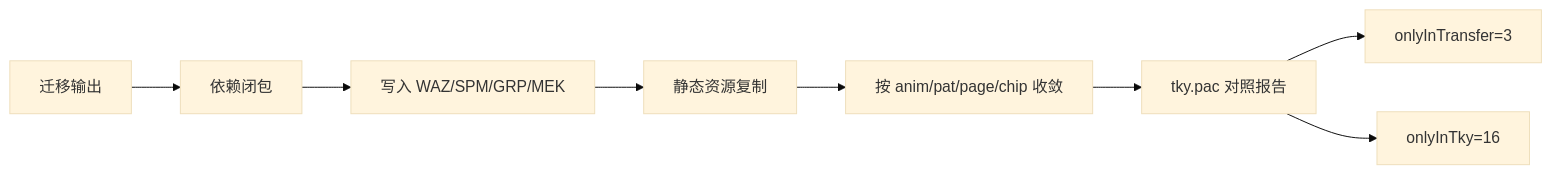
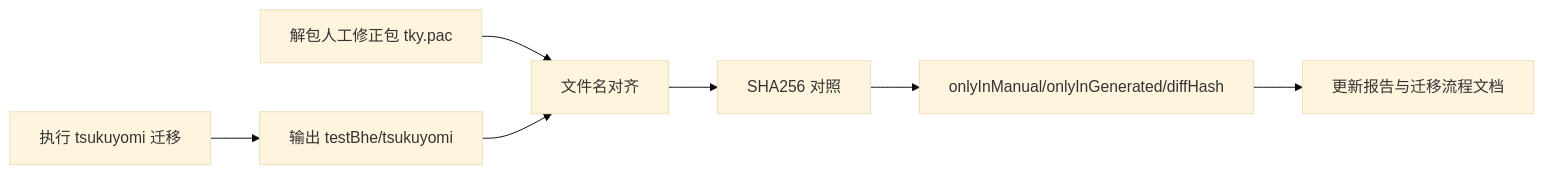
Before and after one commit to Karaik/NeXAS_DX: the diagram in docs/project-deep-dive/tky-pac-analysis.md, drawn with Mermaid (base theme). The commit also changed other lines of this file and 3 other files, not shown here.

````diff
--- a/docs/project-deep-dive/tky-pac-analysis.md
+++ b/docs/project-deep-dive/tky-pac-analysis.md
@@ -28,10 +49,9 @@
 ```mermaid
 flowchart LR
-  A[迁移输出] --> B[依赖闭包]
-  B --> C[写入 WAZ/SPM/GRP/MEK]
-  C --> D[静态资源复制]
-  D --> E[按 anim/pat/page/chip 收敛]
-  E --> F[tky.pac 对照报告]
-  F --> G[onlyInTransfer=3]
-  F --> H[onlyInTky=16]
+  A[执行 tsukuyomi 迁移] --> B[输出 testBhe/tsukuyomi]
+  C[解包人工修正包 tky.pac] --> D[文件名对齐]
+  B --> D
+  D --> E[SHA256 对照]
+  E --> F[onlyInManual/onlyInGenerated/diffHash]
+  F --> G[更新报告与迁移流程文档]
 ```
````
